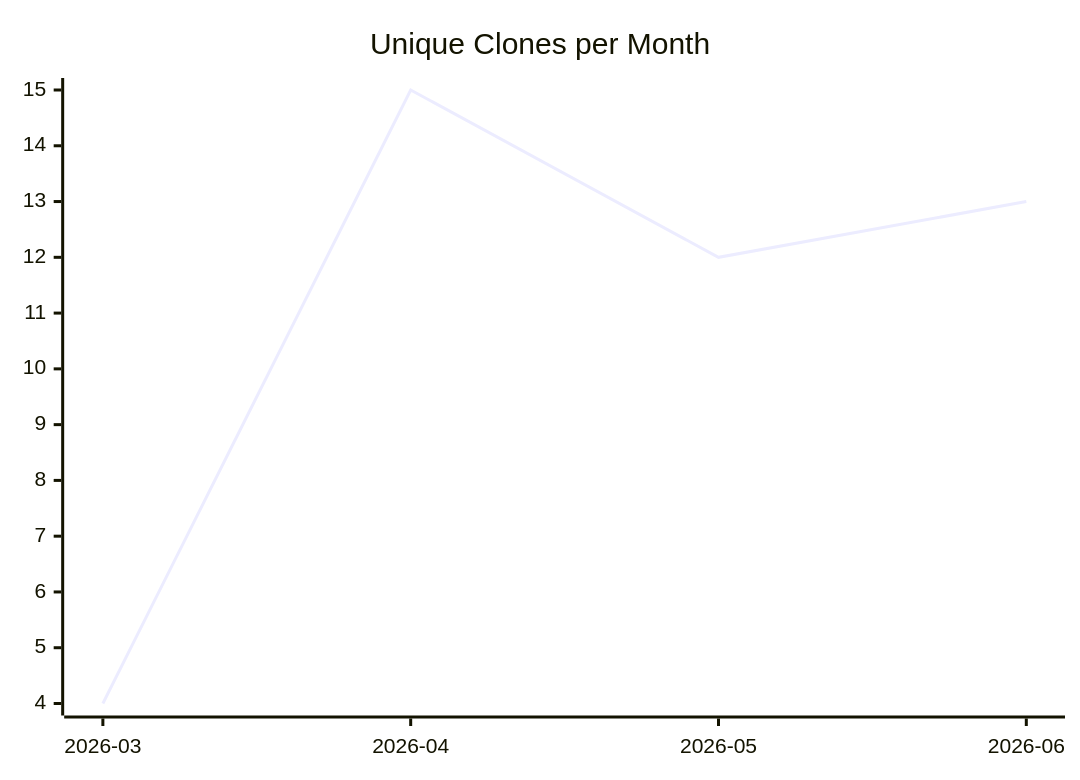
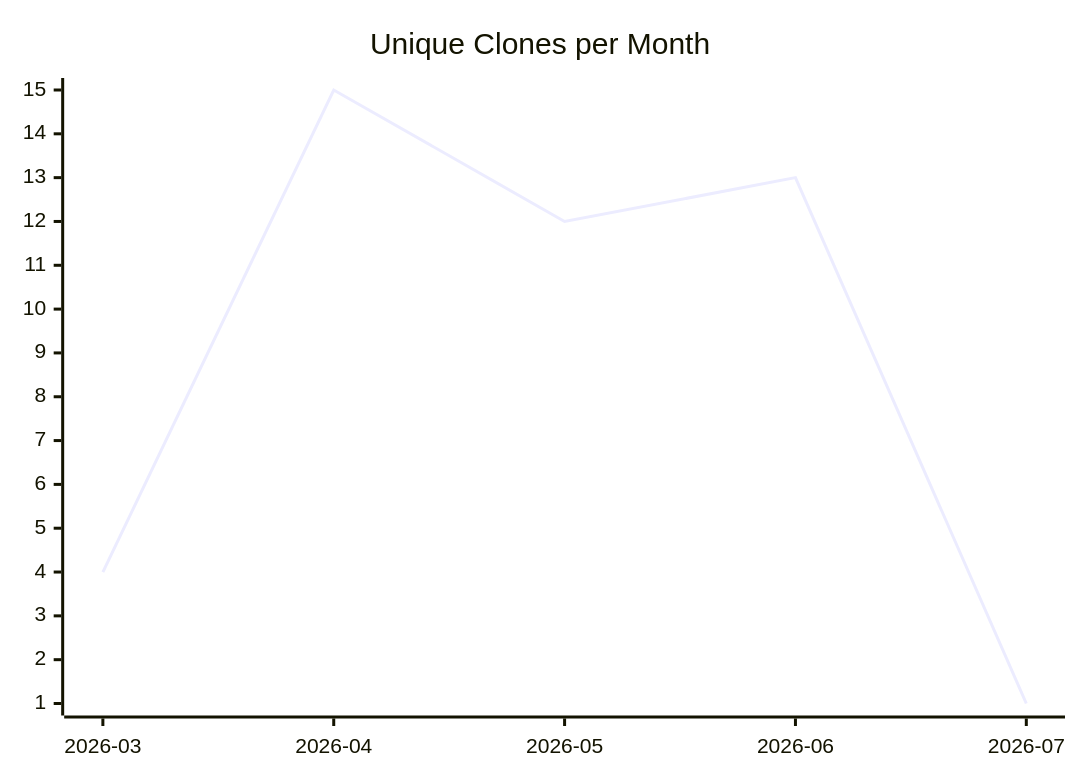
One commit to justdavis-family/github-analytics-data changed the third of 3 diagrams in karlmdavis/ansible-role-bind-dns/README.md. Above: the diagram before and after it, drawn with Mermaid. The commit also changed other lines of this file and 199 other files, not shown here.

````diff
--- a/karlmdavis/ansible-role-bind-dns/README.md
+++ b/karlmdavis/ansible-role-bind-dns/README.md
@@ -19,6 +19,6 @@
 ```mermaid
 xychart-beta
   title "Unique Clones per Month"
-  x-axis ["2026-03", "2026-04", "2026-05", "2026-06"]
-  line [4, 15, 12, 13]
+  x-axis ["2026-03", "2026-04", "2026-05", "2026-06", "2026-07"]
+  line [4, 15, 12, 13, 1]
 ```
````
